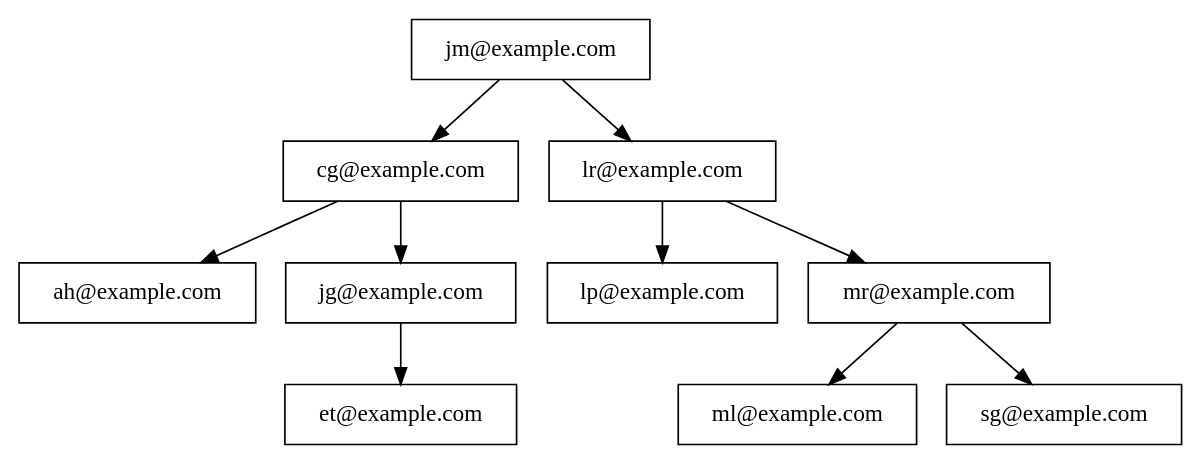
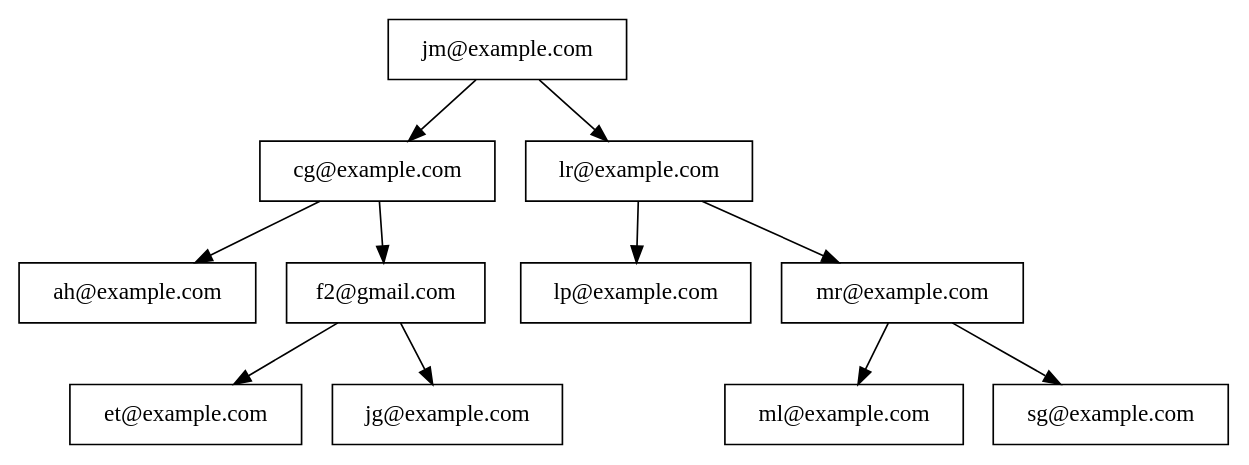
The diagram in Fase3/main/build/Desktop_Qt_6_7_2_MinGW_64_bit-Debug/Arbol_Usuarios.dot (Kevin-alvarez1/PROYECTO_MULTIFASES_RED_SOCIAL), drawn with Graphviz before and after one commit. The commit also changed 1029 other files, not shown here.

```diff
--- a/Fase3/main/build/Desktop_Qt_6_7_2_MinGW_64_bit-Debug/Arbol_Usuarios.dot
+++ b/Fase3/main/build/Desktop_Qt_6_7_2_MinGW_64_bit-Debug/Arbol_Usuarios.dot
@@ -1,12 +1,13 @@
 digraph AVLTree {
     node [shape=record];
     "jm@example.com" -> "cg@example.com";
     "jm@example.com" -> "lr@example.com";
     "cg@example.com" -> "ah@example.com";
-    "cg@example.com" -> "jg@example.com";
-    "jg@example.com" -> "et@example.com";
+    "cg@example.com" -> "f2@gmail.com";
+    "f2@gmail.com" -> "et@example.com";
+    "f2@gmail.com" -> "jg@example.com";
     "lr@example.com" -> "lp@example.com";
     "lr@example.com" -> "mr@example.com";
     "mr@example.com" -> "ml@example.com";
     "mr@example.com" -> "sg@example.com";
 }
```
